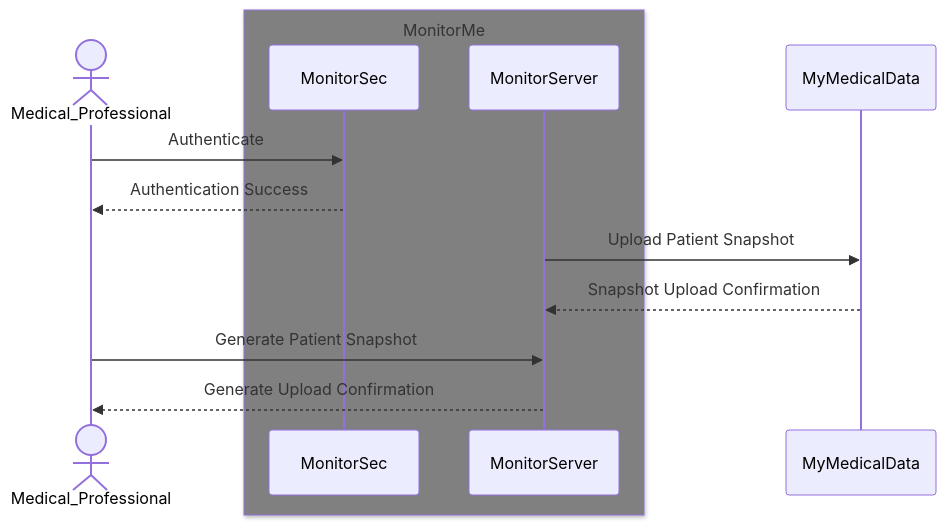
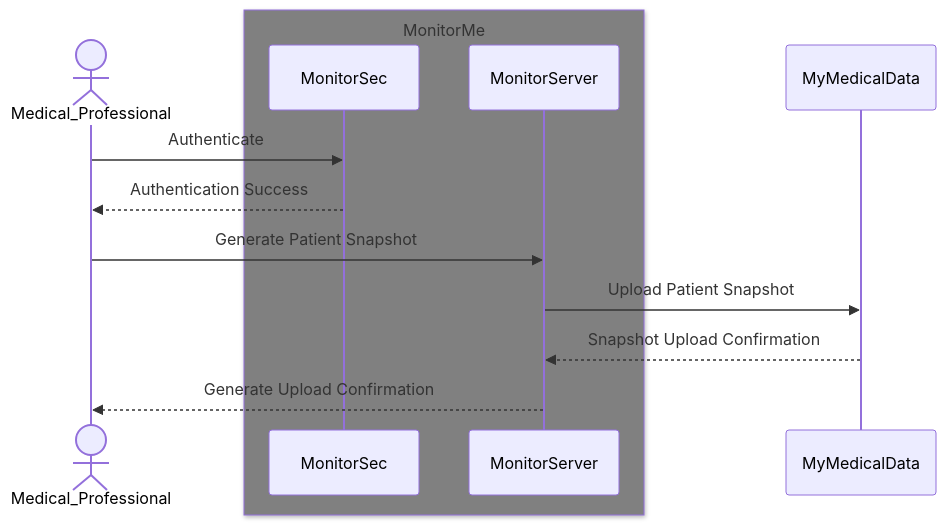
The second of 4 diagrams in 2.DetailedSolution/2.ProposedScenarios.md (gael-jurin/ARTIK), drawn with Mermaid before and after one commit. The commit also changed other lines of this file and 9 other files, not shown here.

````diff
--- a/2.DetailedSolution/2.ProposedScenarios.md
+++ b/2.DetailedSolution/2.ProposedScenarios.md
@@ -89,15 +89,15 @@
 ```mermaid
 sequenceDiagram
     actor Medical_Professional
     box Gray MonitorMe
     participant MonitorSec
     participant MonitorServer
     end
     participant MyMedicalData
     Medical_Professional ->> MonitorSec: Authenticate
     MonitorSec -->> Medical_Professional: Authentication Success
+    Medical_Professional ->> MonitorServer: Generate Patient Snapshot
     MonitorServer ->> MyMedicalData: Upload Patient Snapshot
     MyMedicalData -->> MonitorServer: Snapshot Upload Confirmation
-    Medical_Professional ->> MonitorServer: Generate Patient Snapshot
     MonitorServer -->> Medical_Professional: Generate Upload Confirmation
 ```
````
